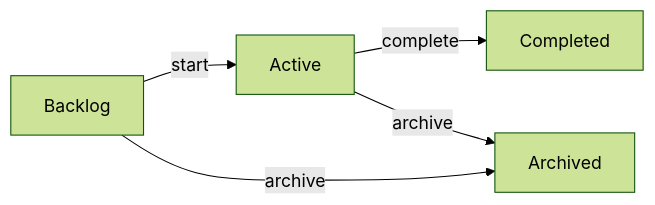
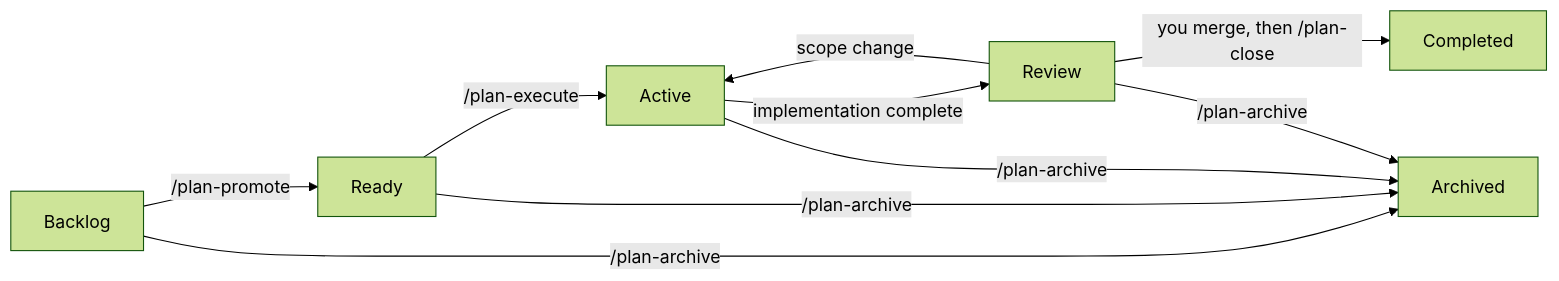
The third of 3 diagrams in README.md (kirinmurphy/roborepo-alpha), drawn with Mermaid (forest theme) before and after one commit. The commit also changed other lines of this file and 24 other files, not shown here.

````diff
--- a/README.md
+++ b/README.md
@@ -187,6 +190,7 @@
 ```mermaid
 flowchart LR
-  Backlog -->|start| Active -->|complete| Completed
-  Active -->|archive| Archived
-  Backlog -->|archive| Archived
+  Backlog -->|/plan-promote| Ready -->|/plan-execute| Active -->|implementation complete| Review
+  Review -->|you merge, then /plan-close| Completed
+  Review -->|scope change| Active
+  Backlog & Ready & Active & Review -->|/plan-archive| Archived
 ```
````
